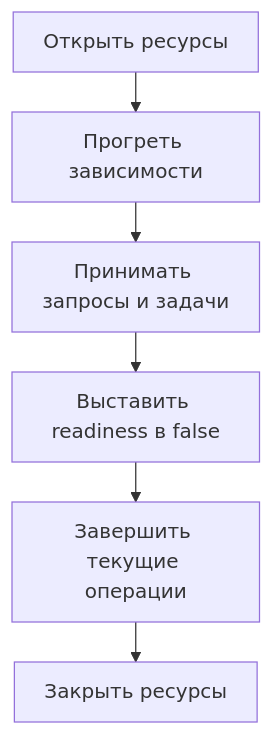
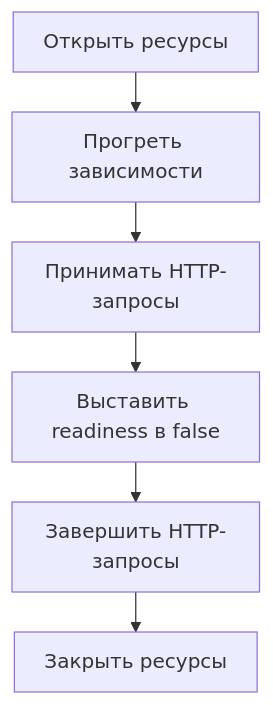
The diagram in translations/ru/blog/posts/2026-09-13-python-service-lifecycle.md (bedrock-python/bedrock-python.github.io), drawn with Mermaid before and after one commit. The commit also changed other lines of this file and 205 other files, not shown here.

````diff
--- a/translations/ru/blog/posts/2026-09-13-python-service-lifecycle.md
+++ b/translations/ru/blog/posts/2026-09-13-python-service-lifecycle.md
@@ -75,23 +259,23 @@
 ```mermaid
 ---
 config:
   theme: default
   look: classic
   flowchart:
     useMaxWidth: false
     wrappingWidth: 150
     padding: 12
     nodeSpacing: 24
     rankSpacing: 32
 ---
 flowchart TD
-    accTitle: Единый порядок запуска и остановки
-    accDescr: Сервис сообщает о готовности после инициализации. При остановке сначала завершаются текущие операции, затем закрываются ресурсы.
+    accTitle: Порядок остановки HTTP-сервера
+    accDescr: HTTP-запросам даётся время завершиться до закрытия ресурсов. Запросы, не уложившиеся в лимит, отменяются.
     A["Открыть ресурсы"]
     B["Прогреть зависимости"]
-    C["Принимать запросы и задачи"]
+    C["Принимать HTTP-запросы"]
     D["Выставить readiness в false"]
-    E["Завершить текущие операции"]
+    E["Завершить HTTP-запросы"]
     F["Закрыть ресурсы"]
     A --> B --> C --> D --> E --> F
 ```
````
